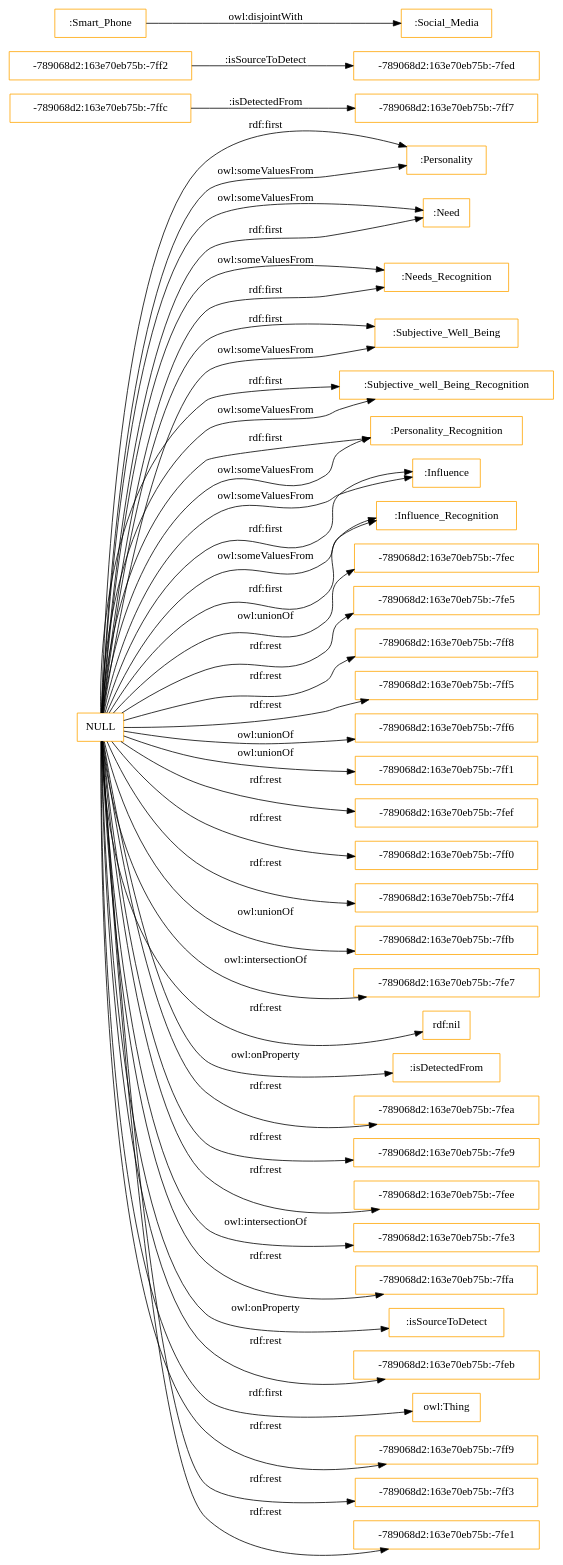
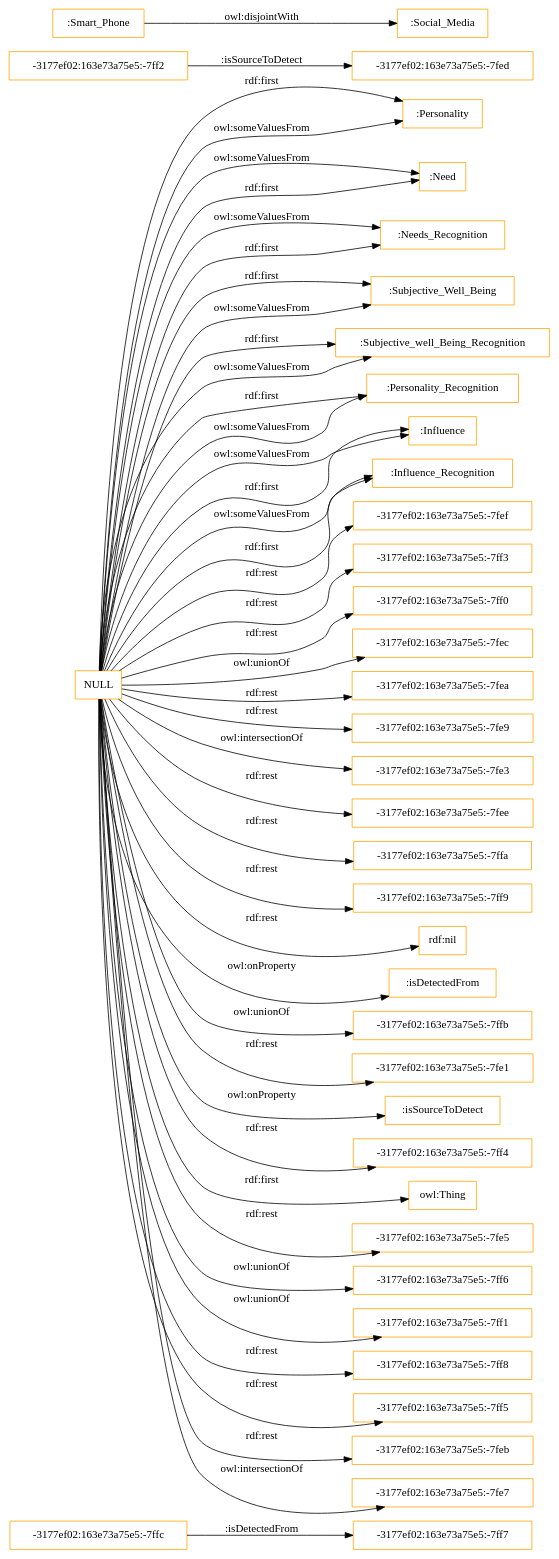
One commit to rana-othman/HASIO-Modularization changed the diagram in OnToology/Influence_Recognition_Module.owl/diagrams/ar2dtool-class/Influence_Recognition_Module.owl.png.dot. Above: the diagram before and after it, drawn with Graphviz. The commit also changed 44 other files, not shown here.

```diff
--- a/OnToology/Influence_Recognition_Module.owl/diagrams/ar2dtool-class/Influence_Recognition_Module.owl.png.dot
+++ b/OnToology/Influence_Recognition_Module.owl/diagrams/ar2dtool-class/Influence_Recognition_Module.owl.png.dot
@@ -1,49 +1,49 @@
 digraph ar2dtool_diagram { 
 rankdir=LR;
 size="1501"
-node [shape = rectangle, color="orange"]; ":Personality" ":Need" "-789068d2:163e70eb75b:-7ff7" ":Needs_Recognition" "-789068d2:163e70eb75b:-7ff2" ":Subjective_Well_Being" ":Subjective_well_Being_Recognition" ":Personality_Recognition" "-789068d2:163e70eb75b:-7ffc" ":Influence" "-789068d2:163e70eb75b:-7fed" ":Smart_Phone" ":Social_Media" ":Influence_Recognition" ; /*classes style*/
+node [shape = rectangle, color="orange"]; "-3177ef02:163e73a75e5:-7ff7" ":Personality" ":Need" ":Needs_Recognition" "-3177ef02:163e73a75e5:-7ff2" ":Subjective_Well_Being" ":Subjective_well_Being_Recognition" ":Personality_Recognition" "-3177ef02:163e73a75e5:-7fed" "-3177ef02:163e73a75e5:-7ffc" ":Influence" ":Smart_Phone" ":Social_Media" ":Influence_Recognition" ; /*classes style*/
+	"NULL" -> "-3177ef02:163e73a75e5:-7fef" [ label = "rdf:rest" ];
 	"NULL" -> ":Personality_Recognition" [ label = "rdf:first" ];
-	"NULL" -> "-789068d2:163e70eb75b:-7fec" [ label = "owl:unionOf" ];
-	"NULL" -> "-789068d2:163e70eb75b:-7fe5" [ label = "rdf:rest" ];
+	"NULL" -> "-3177ef02:163e73a75e5:-7ff3" [ label = "rdf:rest" ];
 	"NULL" -> ":Personality" [ label = "rdf:first" ];
-	"NULL" -> "-789068d2:163e70eb75b:-7ff8" [ label = "rdf:rest" ];
-	"NULL" -> "-789068d2:163e70eb75b:-7ff5" [ label = "rdf:rest" ];
+	"NULL" -> "-3177ef02:163e73a75e5:-7ff0" [ label = "rdf:rest" ];
 	"NULL" -> ":Subjective_Well_Being" [ label = "rdf:first" ];
 	"NULL" -> ":Personality_Recognition" [ label = "owl:someValuesFrom" ];
 	"NULL" -> ":Need" [ label = "owl:someValuesFrom" ];
 	"NULL" -> ":Influence" [ label = "owl:someValuesFrom" ];
-	"NULL" -> "-789068d2:163e70eb75b:-7ff6" [ label = "owl:unionOf" ];
-	"NULL" -> "-789068d2:163e70eb75b:-7ff1" [ label = "owl:unionOf" ];
+	"NULL" -> "-3177ef02:163e73a75e5:-7fec" [ label = "owl:unionOf" ];
 	"NULL" -> ":Influence_Recognition" [ label = "owl:someValuesFrom" ];
-	"NULL" -> "-789068d2:163e70eb75b:-7fef" [ label = "rdf:rest" ];
+	"NULL" -> "-3177ef02:163e73a75e5:-7fea" [ label = "rdf:rest" ];
 	"NULL" -> ":Personality" [ label = "owl:someValuesFrom" ];
+	"NULL" -> "-3177ef02:163e73a75e5:-7fe9" [ label = "rdf:rest" ];
 	"NULL" -> ":Needs_Recognition" [ label = "owl:someValuesFrom" ];
-	"NULL" -> "-789068d2:163e70eb75b:-7ff0" [ label = "rdf:rest" ];
-	"NULL" -> "-789068d2:163e70eb75b:-7ff4" [ label = "rdf:rest" ];
-	"NULL" -> "-789068d2:163e70eb75b:-7ffb" [ label = "owl:unionOf" ];
-	"NULL" -> "-789068d2:163e70eb75b:-7fe7" [ label = "owl:intersectionOf" ];
+	"NULL" -> "-3177ef02:163e73a75e5:-7fe3" [ label = "owl:intersectionOf" ];
+	"NULL" -> "-3177ef02:163e73a75e5:-7fee" [ label = "rdf:rest" ];
+	"NULL" -> "-3177ef02:163e73a75e5:-7ffa" [ label = "rdf:rest" ];
+	"NULL" -> "-3177ef02:163e73a75e5:-7ff9" [ label = "rdf:rest" ];
 	"NULL" -> "rdf:nil" [ label = "rdf:rest" ];
 	"NULL" -> ":isDetectedFrom" [ label = "owl:onProperty" ];
-	"NULL" -> "-789068d2:163e70eb75b:-7fea" [ label = "rdf:rest" ];
+	"NULL" -> "-3177ef02:163e73a75e5:-7ffb" [ label = "owl:unionOf" ];
 	"NULL" -> ":Subjective_well_Being_Recognition" [ label = "rdf:first" ];
-	"NULL" -> "-789068d2:163e70eb75b:-7fe9" [ label = "rdf:rest" ];
-	"NULL" -> "-789068d2:163e70eb75b:-7fee" [ label = "rdf:rest" ];
-	"NULL" -> "-789068d2:163e70eb75b:-7fe3" [ label = "owl:intersectionOf" ];
-	"NULL" -> "-789068d2:163e70eb75b:-7ffa" [ label = "rdf:rest" ];
+	"NULL" -> "-3177ef02:163e73a75e5:-7fe1" [ label = "rdf:rest" ];
 	"NULL" -> ":isSourceToDetect" [ label = "owl:onProperty" ];
 	"NULL" -> ":Need" [ label = "rdf:first" ];
-	"NULL" -> "-789068d2:163e70eb75b:-7feb" [ label = "rdf:rest" ];
+	"NULL" -> "-3177ef02:163e73a75e5:-7ff4" [ label = "rdf:rest" ];
 	"NULL" -> "owl:Thing" [ label = "rdf:first" ];
-	"NULL" -> "-789068d2:163e70eb75b:-7ff9" [ label = "rdf:rest" ];
+	"NULL" -> "-3177ef02:163e73a75e5:-7fe5" [ label = "rdf:rest" ];
 	"NULL" -> ":Subjective_well_Being_Recognition" [ label = "owl:someValuesFrom" ];
+	"NULL" -> "-3177ef02:163e73a75e5:-7ff6" [ label = "owl:unionOf" ];
+	"NULL" -> "-3177ef02:163e73a75e5:-7ff1" [ label = "owl:unionOf" ];
+	"NULL" -> "-3177ef02:163e73a75e5:-7ff8" [ label = "rdf:rest" ];
 	"NULL" -> ":Influence" [ label = "rdf:first" ];
-	"NULL" -> "-789068d2:163e70eb75b:-7ff3" [ label = "rdf:rest" ];
+	"NULL" -> "-3177ef02:163e73a75e5:-7ff5" [ label = "rdf:rest" ];
 	"NULL" -> ":Needs_Recognition" [ label = "rdf:first" ];
-	"NULL" -> "-789068d2:163e70eb75b:-7fe1" [ label = "rdf:rest" ];
+	"NULL" -> "-3177ef02:163e73a75e5:-7feb" [ label = "rdf:rest" ];
 	"NULL" -> ":Subjective_Well_Being" [ label = "owl:someValuesFrom" ];
+	"NULL" -> "-3177ef02:163e73a75e5:-7fe7" [ label = "owl:intersectionOf" ];
 	"NULL" -> ":Influence_Recognition" [ label = "rdf:first" ];
 	":Smart_Phone" -> ":Social_Media" [ label = "owl:disjointWith" ];
-	"-789068d2:163e70eb75b:-7ffc" -> "-789068d2:163e70eb75b:-7ff7" [ label = ":isDetectedFrom" ];
-	"-789068d2:163e70eb75b:-7ff2" -> "-789068d2:163e70eb75b:-7fed" [ label = ":isSourceToDetect" ];
+	"-3177ef02:163e73a75e5:-7ffc" -> "-3177ef02:163e73a75e5:-7ff7" [ label = ":isDetectedFrom" ];
+	"-3177ef02:163e73a75e5:-7ff2" -> "-3177ef02:163e73a75e5:-7fed" [ label = ":isSourceToDetect" ];
 
 }
```
